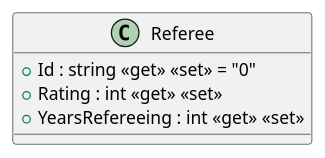
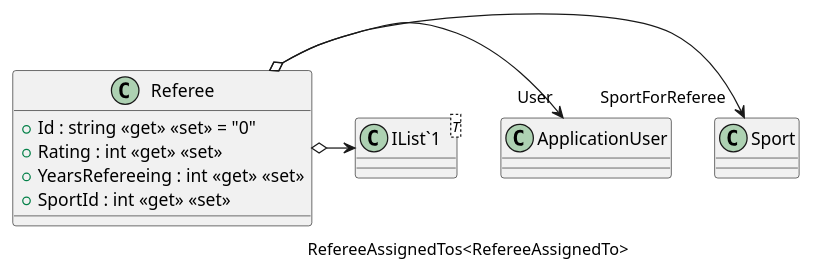
One commit to SEII2627ZeroDay/ISII2627ZeroDay changed the diagram in src/AppForSEII.API/ClassDiagram/src/AppForSEII.API/Models/Referee.puml. Above: the diagram before and after it, drawn with PlantUML. The commit also changed 8 other files, not shown here.

Commit message:
docs: regenerate PlantUML class diagrams with all models and relationships

```diff
--- a/src/AppForSEII.API/ClassDiagram/src/AppForSEII.API/Models/Referee.puml
+++ b/src/AppForSEII.API/ClassDiagram/src/AppForSEII.API/Models/Referee.puml
@@ -1,7 +1,13 @@
 @startuml
 class Referee {
     + Id : string <<get>> <<set>> = "0"
     + Rating : int <<get>> <<set>>
     + YearsRefereeing : int <<get>> <<set>>
+    + SportId : int <<get>> <<set>>
 }
+class "IList`1"<T> {
+}
+Referee o-> "SportForReferee" Sport
+Referee o-> "User" ApplicationUser
+Referee o-> "RefereeAssignedTos<RefereeAssignedTo>" "IList`1"
 @enduml
```
